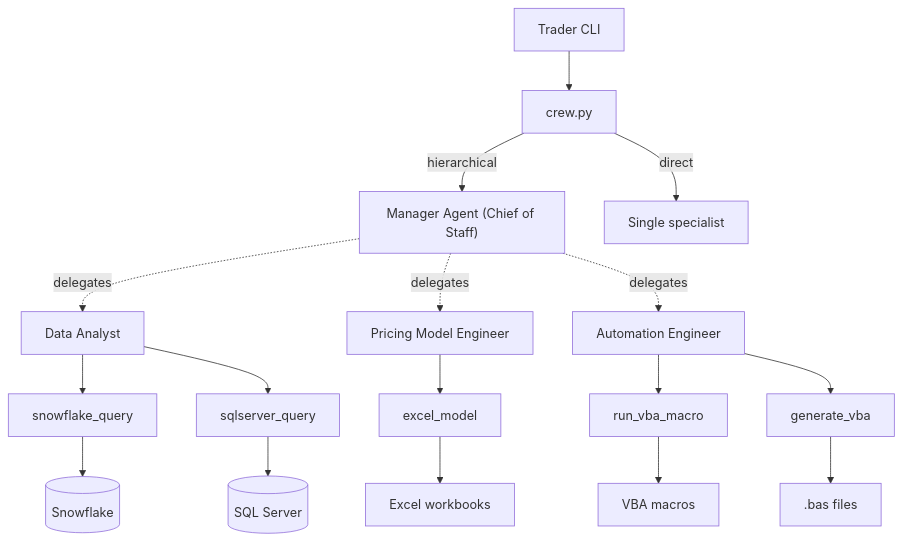
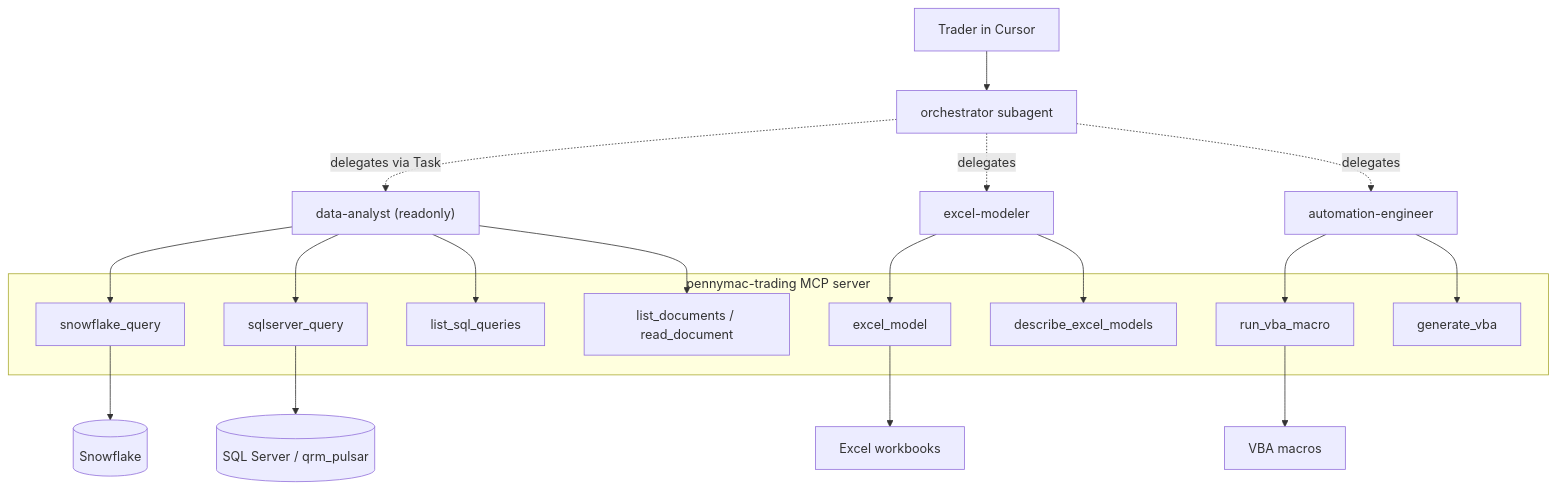
Before and after one commit to kevinle-sys/Desktop-Agent: the first of 2 diagrams in ARCHITECTURE.md, drawn with Mermaid. The commit also changed other lines of this file and 32 other files, not shown here.

First line of the commit message:
Replace CrewAI with Cursor Subagents + MCP server

````diff
--- a/ARCHITECTURE.md
+++ b/ARCHITECTURE.md
@@ -15,19 +18,29 @@
 ```mermaid
 flowchart TD
-    User[Trader CLI] --> CrewMod[crew.py]
-    CrewMod -->|hierarchical| Mgr["Manager Agent (Chief of Staff)"]
-    CrewMod -->|direct| Solo[Single specialist]
-    Mgr -. delegates .-> DA[Data Analyst]
-    Mgr -. delegates .-> EM[Pricing Model Engineer]
-    Mgr -. delegates .-> AE[Automation Engineer]
-    DA --> T1[snowflake_query]
-    DA --> T2[sqlserver_query]
-    EM --> T3[excel_model]
-    AE --> T4[run_vba_macro]
-    AE --> T5[generate_vba]
+    User[Trader in Cursor] --> Orch["orchestrator subagent"]
+    Orch -. delegates via Task .-> DA["data-analyst (readonly)"]
+    Orch -. delegates .-> EM["excel-modeler"]
+    Orch -. delegates .-> AE["automation-engineer"]
+    subgraph mcp [pennymac-trading MCP server]
+        T1[snowflake_query]
+        T2[sqlserver_query]
+        T3[list_sql_queries]
+        T4[excel_model]
+        T5[describe_excel_models]
+        T6[run_vba_macro]
+        T7[generate_vba]
+        T8[list_documents / read_document]
+    end
+    DA --> T1
+    DA --> T2
+    DA --> T3
+    DA --> T8
+    EM --> T4
+    EM --> T5
+    AE --> T6
+    AE --> T7
     T1 --> SF[(Snowflake)]
-    T2 --> MS[(SQL Server)]
-    T3 --> WB["Excel workbooks"]
-    T4 --> MAC["VBA macros"]
-    T5 --> BAS[".bas files"]
+    T2 --> MS[("SQL Server / qrm_pulsar")]
+    T4 --> WB["Excel workbooks"]
+    T6 --> MAC["VBA macros"]
 ```
````
